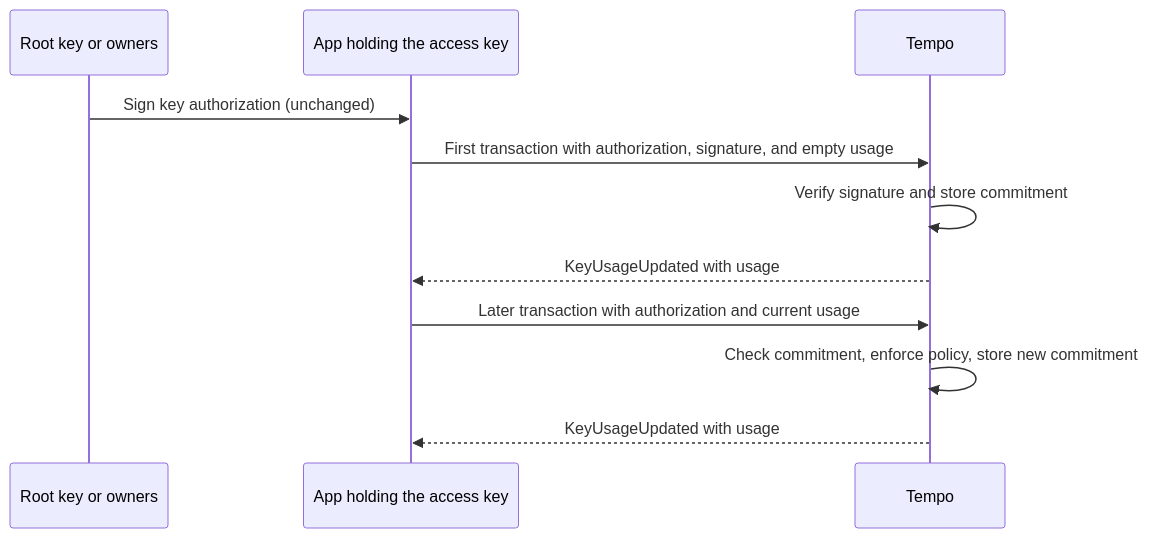
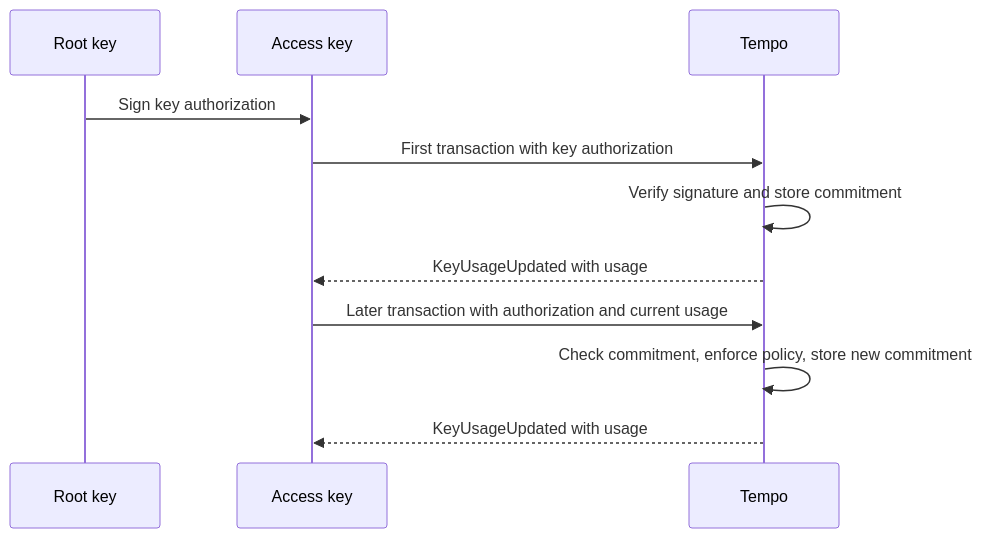
Before and after one commit to tempoxyz/tempo: the diagram in tips/tip-1134.md, drawn with Mermaid. The commit also changed other lines of this file, not shown here.

Commit message:
docs(tip-1134): generalize motivation and simplify diagram
Uses a three-limit trading-agent key as the motivating example, drops
account-type specifics, and trims the sequence diagram labels.

Claude-Session: https://claude.ai/code/session_015T7jbbx8EwCWk5mQPfxdgW

````diff
--- a/tips/tip-1134.md
+++ b/tips/tip-1134.md
@@ -41,14 +41,14 @@
 ```mermaid
 sequenceDiagram
-    participant Authority as Root key or owners
-    participant App as App holding the access key
+    participant Root as Root key
+    participant Key as Access key
     participant Tempo
 
-    Authority->>App: Sign key authorization (unchanged)
-    App->>Tempo: First transaction with authorization, signature, and empty usage
+    Root->>Key: Sign key authorization
+    Key->>Tempo: First transaction with key authorization
     Tempo->>Tempo: Verify signature and store commitment
-    Tempo-->>App: KeyUsageUpdated with usage
-    App->>Tempo: Later transaction with authorization and current usage
+    Tempo-->>Key: KeyUsageUpdated with usage
+    Key->>Tempo: Later transaction with authorization and current usage
     Tempo->>Tempo: Check commitment, enforce policy, store new commitment
-    Tempo-->>App: KeyUsageUpdated with usage
+    Tempo-->>Key: KeyUsageUpdated with usage
 ```
````
